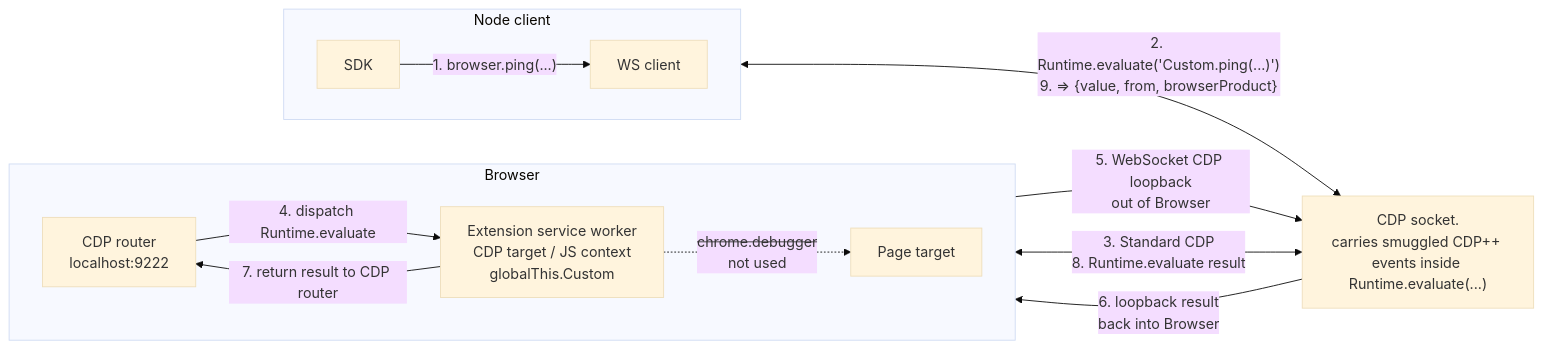
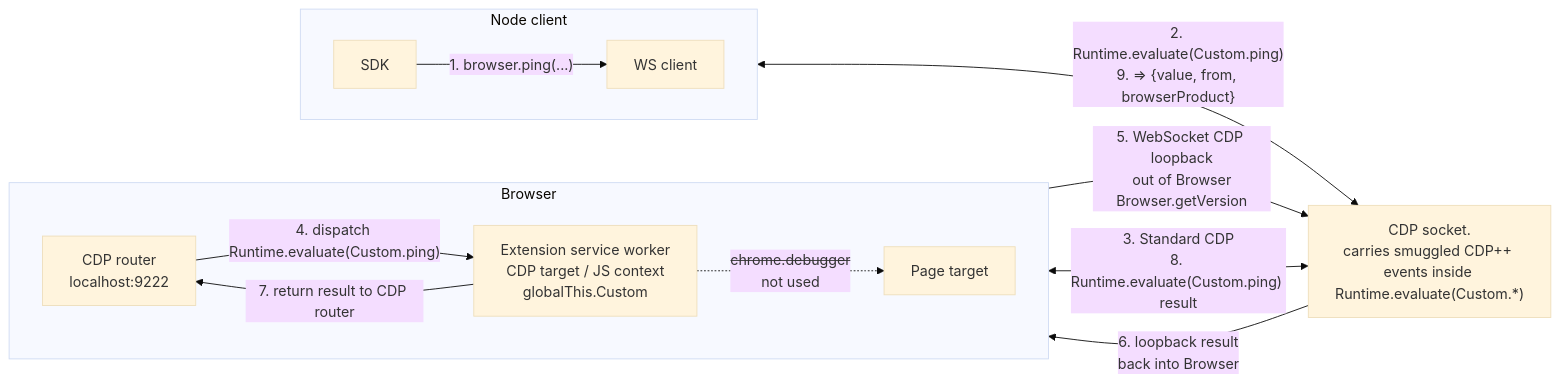
The third of 4 diagrams in README.md (pirate/chrome-cdp-extension-bridge), drawn with Mermaid (base theme) before and after one commit. The commit also changed other lines of this file, not shown here.

Commit message:
Show concrete smuggled command labels

````diff
--- a/README.md
+++ b/README.md
@@ -105,26 +105,26 @@
 ```mermaid
 flowchart LR
   subgraph Node["Node client"]
     direction LR
     SDK["SDK"]
     WS["WS client"]
     SDK -->|"1. browser.ping(...)"| WS
   end
 
   subgraph Browser["Browser"]
     direction LR
     CDP["CDP router<br/>localhost:9222"]
     SW["Extension service worker<br/>CDP target / JS context<br/>globalThis.Custom"]
     Page["Page target"]
-    CDP -->|"4. dispatch Runtime.evaluate"| SW
+    CDP -->|"4. dispatch Runtime.evaluate(Custom.ping)"| SW
     SW -. "<s>chrome.debugger</s><br/>not used" .-> Page
   end
 
-  Socket["CDP socket.<br/>carries smuggled CDP++ events inside Runtime.evaluate(...)"]
+  Socket["CDP socket.<br/>carries smuggled CDP++ events inside Runtime.evaluate(Custom.*)"]
 
-  WS <-->|"2. Runtime.evaluate('Custom.ping(...)')<br/>9. => {value, from, browserProduct}"| Socket
-  Socket <-->|"3. Standard CDP<br/>8. Runtime.evaluate result"| CDP
-  SW -->|"5. WebSocket CDP loopback<br/>out of Browser"| Socket
+  WS <-->|"2. Runtime.evaluate(Custom.ping)<br/>9. => {value, from, browserProduct}"| Socket
+  Socket <-->|"3. Standard CDP<br/>8. Runtime.evaluate(Custom.ping) result"| CDP
+  SW -->|"5. WebSocket CDP loopback<br/>out of Browser<br/>Browser.getVersion"| Socket
   Socket -->|"6. loopback result<br/>back into Browser"| SW
   SW -->|"7. return result to CDP router"| CDP
 ```
````
